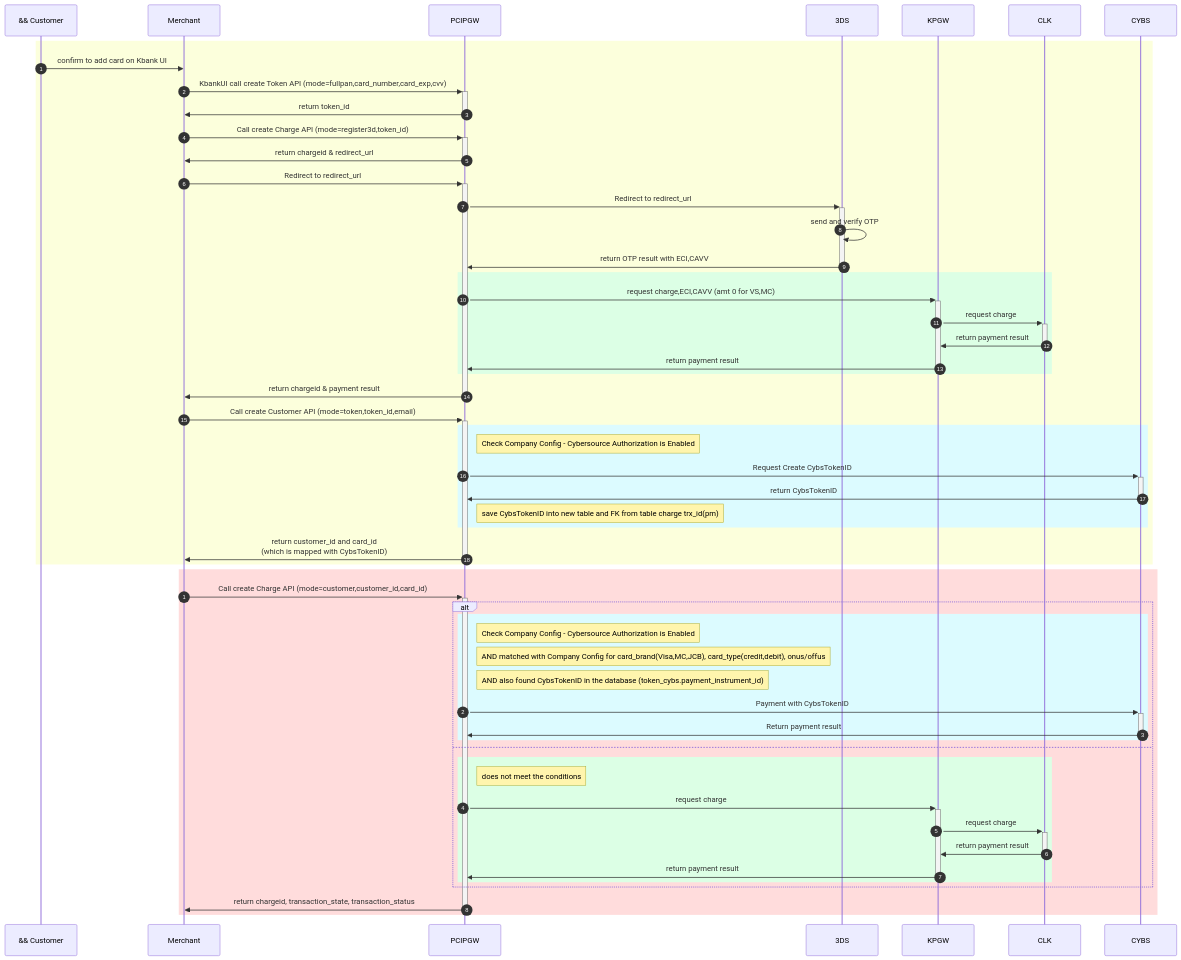
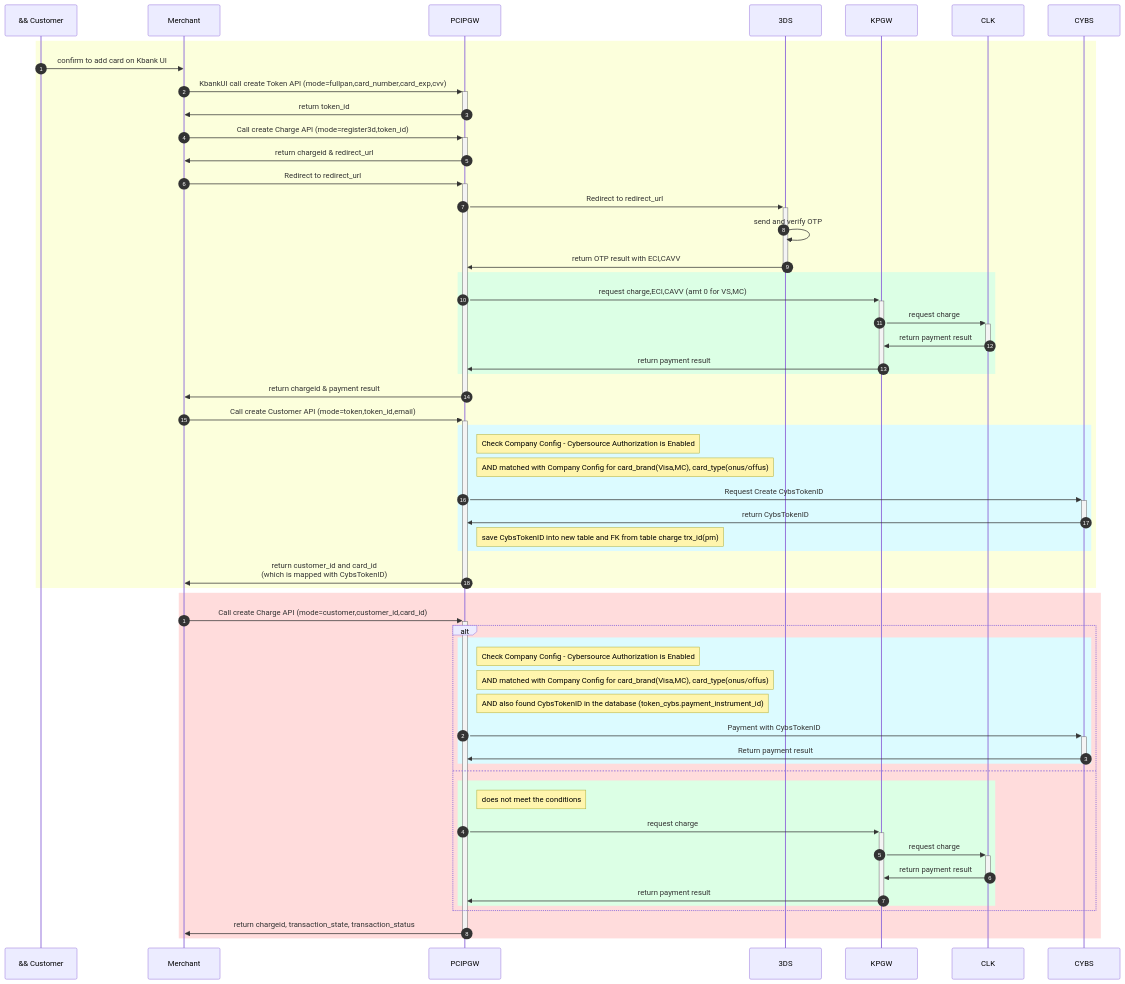
Before and after one commit to yuusuke25/MyNotes: the fourth of 9 diagrams in Cybs-Ph2-Flow-new1.md, drawn with Mermaid. The commit also changed other lines of this file, not shown here.

````diff
--- a/Cybs-Ph2-Flow-new1.md
+++ b/Cybs-Ph2-Flow-new1.md
@@ -117,59 +118,60 @@
 ```mermaid
     sequenceDiagram
         autonumber 1
         rect rgb(252, 255, 220)
             && Customer->>Merchant:confirm to add card on Kbank UI
             Merchant->>+PCIPGW:KbankUI call create Token API (mode=fullpan,card_number,card_exp,cvv)
             PCIPGW->>-Merchant:return token_id
 
             Merchant->>+PCIPGW:Call create Charge API (mode=register3d,token_id)
             PCIPGW->>-Merchant:return chargeid & redirect_url
 
             Merchant->>+PCIPGW:Redirect to redirect_url
             PCIPGW->>+3DS:Redirect to redirect_url
             3DS->>3DS:send and verify OTP
             3DS->>-PCIPGW:return OTP result with ECI,CAVV
             
             rect rgb(220, 255, 229)
                 PCIPGW->>+KPGW:request charge,ECI,CAVV (amt 0 for VS,MC)
                 KPGW->>+CLK:request charge
                 CLK->>-KPGW:return payment result
                 KPGW->>-PCIPGW:return payment result
             end
             
             PCIPGW->>-Merchant:return chargeid & payment result
 
             Merchant->>+PCIPGW:Call create Customer API (mode=token,token_id,email)
               
               rect rgb(220, 251, 255)
                   Note right of PCIPGW: Check Company Config - Cybersource Authorization is Enabled
+                  Note right of PCIPGW: AND matched with Company Config for card_brand(Visa,MC), card_type(onus/offus)
                   PCIPGW->>+CYBS:Request Create CybsTokenID
                   CYBS->>-PCIPGW:return CybsTokenID
                   Note right of PCIPGW: save CybsTokenID into new table and FK from table charge trx_id(pm)
               end
             PCIPGW->>-Merchant:return customer_id and card_id <br>(which is mapped with CybsTokenID)
         end
         autonumber 1
         rect rgb(255, 220, 220)
             Merchant->>+PCIPGW:Call create Charge API (mode=customer,customer_id,card_id)
               alt
                 rect rgb(220, 251, 255)
                   Note right of PCIPGW: Check Company Config - Cybersource Authorization is Enabled
-                  Note right of PCIPGW: AND matched with Company Config for card_brand(Visa,MC,JCB), card_type(credit,debit), onus/offus
+                  Note right of PCIPGW: AND matched with Company Config for card_brand(Visa,MC), card_type(onus/offus)
                   Note right of PCIPGW: AND also found CybsTokenID in the database (token_cybs.payment_instrument_id)
                     PCIPGW->>+CYBS:Payment with CybsTokenID
                     CYBS->>-PCIPGW:Return payment result
                 end
               else
                 rect rgb(220, 255, 229)
                   Note right of PCIPGW: does not meet the conditions
                     PCIPGW->>+KPGW:request charge
                     KPGW->>+CLK:request charge
                     CLK->>-KPGW:return payment result
                     KPGW->>-PCIPGW:return payment result
                 end
               end
 
             PCIPGW->>-Merchant:return chargeid, transaction_state, transaction_status
         end
 ```
````
